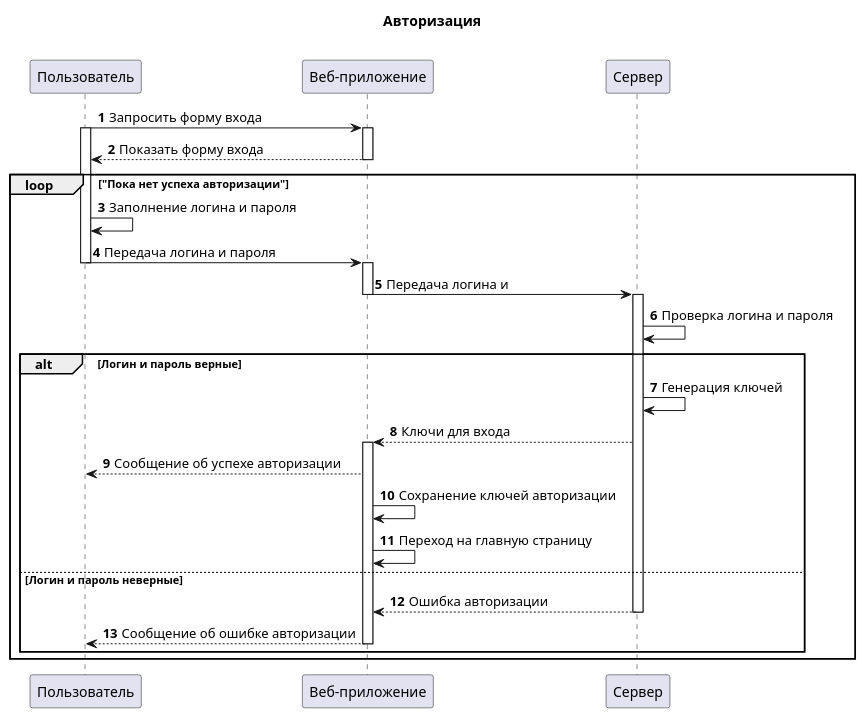
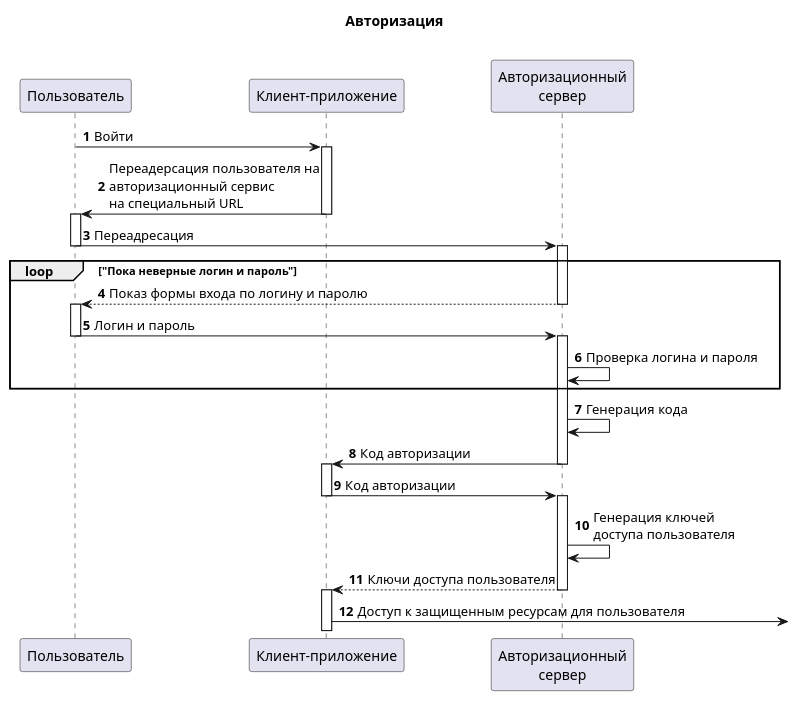
One commit to Makunika/apelsin-pay changed the diagram in .uml/auth_seq.plantuml. Above: the diagram before and after it, drawn with PlantUML. The commit also changed 6 other files, not shown here.

```diff
--- a/.uml/auth_seq.plantuml
+++ b/.uml/auth_seq.plantuml
@@ -1,32 +1,33 @@
 @startuml
 title Авторизация\n
 autonumber 1
-"Пользователь" as p -> "Веб-приложение" as js : Запросить форму входа
+"Пользователь" as p -> "Клиент-приложение" as js : Войти
+activate js
+js -> p : Переадерсация пользователя на\nавторизационный сервис\nна специальный URL
+deactivate js
 activate p
+p -> "Авторизационный\nсервер" as auth : Переадресация
+deactivate p
+activate auth
+loop "Пока неверные логин и пароль"
+    auth --> p: Показ формы входа по логину и паролю
+    deactivate auth
+    activate p
+    p -> auth : Логин и пароль
+    deactivate p
+    activate auth
+    auth -> auth : Проверка логина и пароля
+end
+auth -> auth: Генерация кода
+auth -> js : Код авторизации
+deactivate auth
 activate js
-js --> p : Показать форму входа
+js -> auth : Код авторизации
 deactivate js
-loop "Пока нет успеха авторизации"
-    p -> p: Заполнение логина и пароля
-    p -> js: Передача логина и пароля
-    deactivate p
-    activate js
-    js -> "Сервер" as s: Передача логина и
-    deactivate js
-    activate s
-    s -> s: Проверка логина и пароля
-    alt Логин и пароль верные
-        s -> s: Генерация ключей
-        s --> js: Ключи для входа
-        activate js
-        js --> p: Сообщение об успехе авторизации
-        js -> js: Сохранение ключей авторизации
-        js -> js: Переход на главную страницу
-    else Логин и пароль неверные
-        s --> js: Ошибка авторизации
-        deactivate s
-        js --> p: Сообщение об ошибке авторизации
-        deactivate js
-    end
-end
+activate auth
+auth -> auth : Генерация ключей\nдоступа пользователя
+auth --> js : Ключи доступа пользователя
+deactivate auth
+activate js
+js -> : Доступ к защищенным ресурсам для пользователя
 @enduml
```
